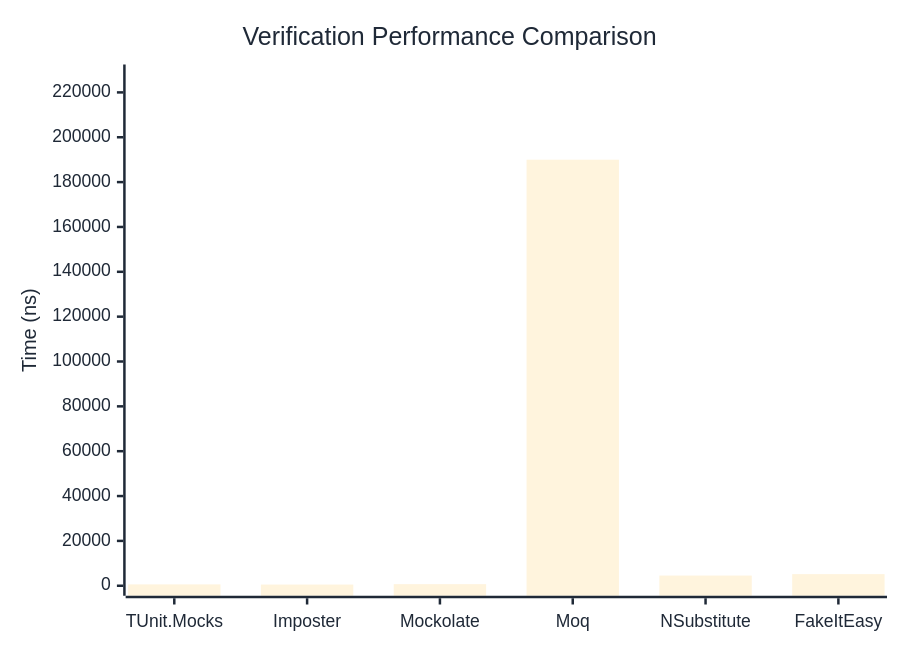
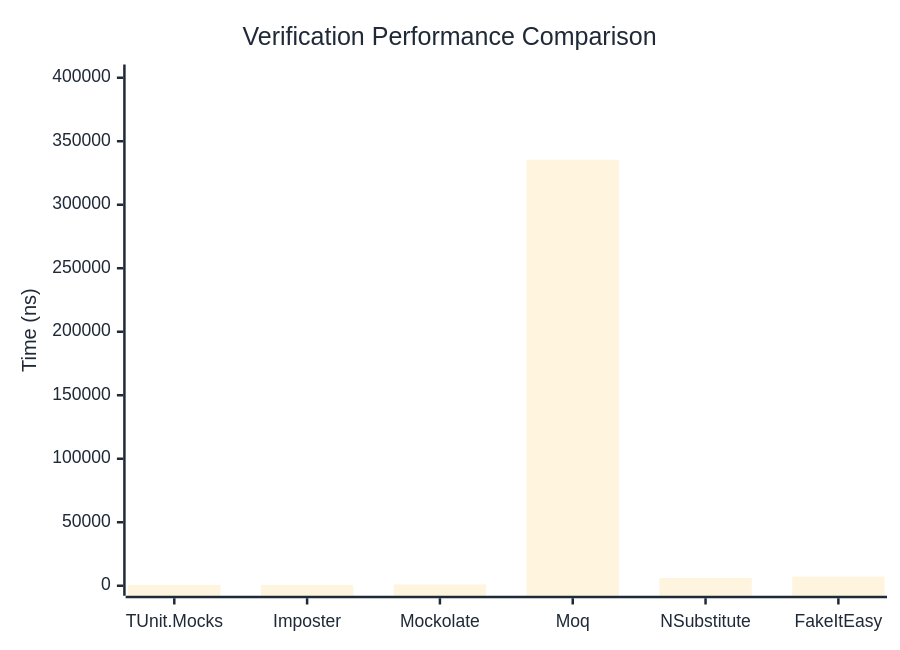
Before and after one commit to thomhurst/TUnit: the first of 3 diagrams in docs/docs/benchmarks/mocks/Verification.md, drawn with Mermaid. The commit also changed other lines of this file and 14 other files, not shown here.

````diff
--- a/docs/docs/benchmarks/mocks/Verification.md
+++ b/docs/docs/benchmarks/mocks/Verification.md
@@ -28,27 +28,27 @@
 ```mermaid
 %%{init: {
   'theme':'base',
   'themeVariables': {
     'primaryColor': '#2563eb',
     'primaryTextColor': '#1f2937',
     'primaryBorderColor': '#1e40af',
     'lineColor': '#6b7280',
     'secondaryColor': '#7c3aed',
     'tertiaryColor': '#dc2626',
     'background': '#ffffff',
     'pie1': '#2563eb',
     'pie2': '#7c3aed',
     'pie3': '#dc2626',
     'pie4': '#f59e0b',
     'pie5': '#10b981',
     'pie6': '#06b6d4',
     'pie7': '#ec4899',
     'pie8': '#6366f1'
   }
 }}%%
 xychart-beta
   title "Verification Performance Comparison"
   x-axis ["TUnit.Mocks", "Imposter", "Mockolate", "Moq", "NSubstitute", "FakeItEasy"]
-  y-axis "Time (ns)" 0 --> 227983
-  bar [610.66, 526.4, 713.3, 189985.44, 4541.65, 5179.22]
+  y-axis "Time (ns)" 0 --> 402546
+  bar [709.52, 654.41, 922.9, 335454.92, 6129.28, 7205.45]
 ```
````
